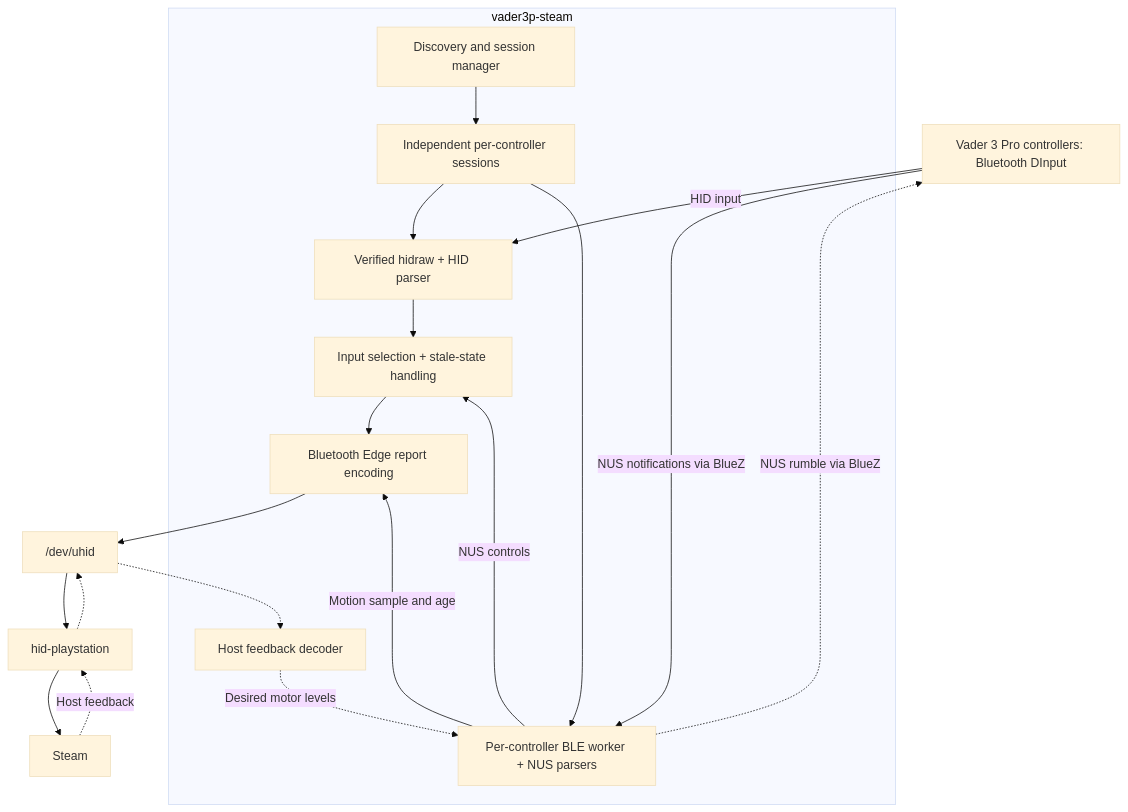
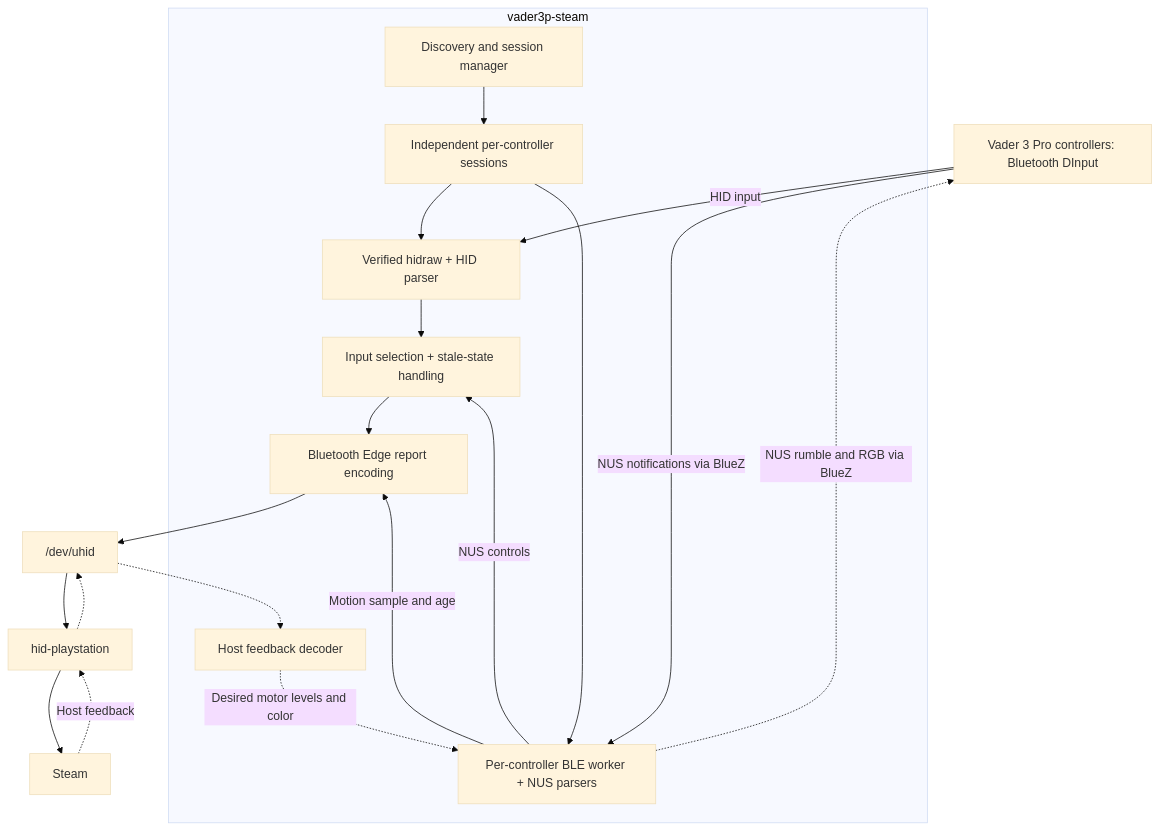
One commit to Ownistic/vader3-pro-linux-driver changed the first of 2 diagrams in ARCHITECTURE.md. Above: the diagram before and after it, drawn with Mermaid (base theme). The commit also changed other lines of this file and 12 other files, not shown here.

````diff
--- a/ARCHITECTURE.md
+++ b/ARCHITECTURE.md
@@ -14,34 +14,34 @@
 ```mermaid
 flowchart TB
     controllers["Vader 3 Pro controllers: Bluetooth DInput"]
     subgraph runtime["vader3p-steam"]
         manager["Discovery and session manager"]
         sessions["Independent per-controller sessions"]
         hid["Verified hidraw + HID parser"]
         ble["Per-controller BLE worker + NUS parsers"]
         selection["Input selection + stale-state handling"]
         reports["Bluetooth Edge report encoding"]
         feedback["Host feedback decoder"]
     end
     uhid["/dev/uhid"]
     kernel["hid-playstation"]
     steam["Steam"]
 
     controllers -->|HID input| hid
     controllers -->|NUS notifications via BlueZ| ble
     manager --> sessions
     sessions --> hid
     sessions --> ble
     hid --> selection
     ble -->|NUS controls| selection
     ble -->|Motion sample and age| reports
     selection --> reports
     reports --> uhid
     uhid --> kernel
     kernel --> steam
     steam -.->|Host feedback| kernel
     kernel -.-> uhid
     uhid -.-> feedback
-    feedback -.->|Desired motor levels| ble
-    ble -.->|NUS rumble via BlueZ| controllers
+    feedback -.->|Desired motor levels and color| ble
+    ble -.->|NUS rumble and RGB via BlueZ| controllers
 ```
````
